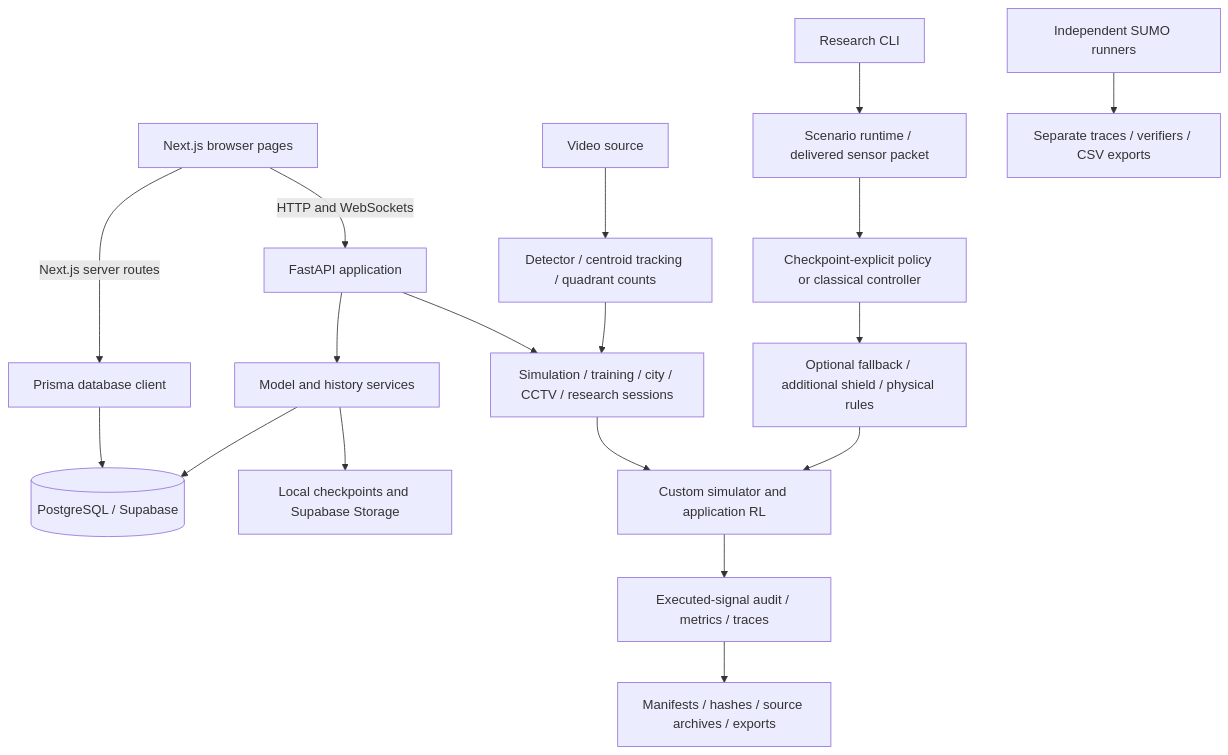
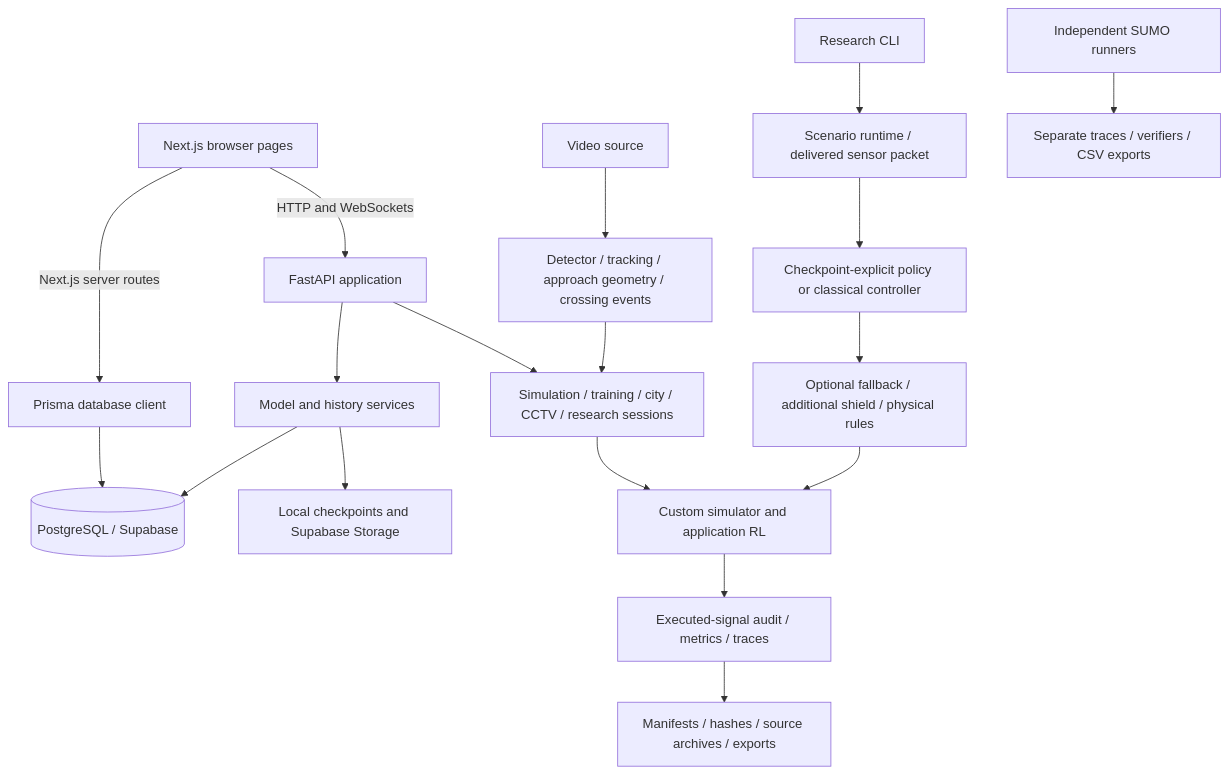
The diagram in CONTENT.md (Sri-dinesh/FlowSync), drawn with Mermaid before and after one commit. The commit also changed other lines of this file, not shown here.

Commit message:
docs: document labeled crossing evaluation and legacy CV evidence limits

````diff
--- a/CONTENT.md
+++ b/CONTENT.md
@@ -71,20 +71,20 @@
 ```mermaid
 flowchart TB
     Browser[Next.js browser pages] -->|HTTP and WebSockets| API[FastAPI application]
     Browser -->|Next.js server routes| Prisma[Prisma database client]
     Prisma --> DB[(PostgreSQL / Supabase)]
     API --> Sessions[Simulation / training / city / CCTV / research sessions]
     API --> Models[Model and history services]
     Models --> DB
     Models --> Storage[Local checkpoints and Supabase Storage]
     Sessions --> Custom[Custom simulator and application RL]
-    Video[Video source] --> Camera[Detector / centroid tracking / quadrant counts]
+    Video[Video source] --> Camera[Detector / tracking / approach geometry / crossing events]
     Camera --> Sessions
     CLI[Research CLI] --> Observed[Scenario runtime / delivered sensor packet]
     Observed --> Policy[Checkpoint-explicit policy or classical controller]
     Policy --> Guards[Optional fallback / additional shield / physical rules]
     Guards --> Custom
     Custom --> Audit[Executed-signal audit / metrics / traces]
     Audit --> Evidence[Manifests / hashes / source archives / exports]
     SUMO[Independent SUMO runners] --> SUMOEvidence[Separate traces / verifiers / CSV exports]
 ```
````
